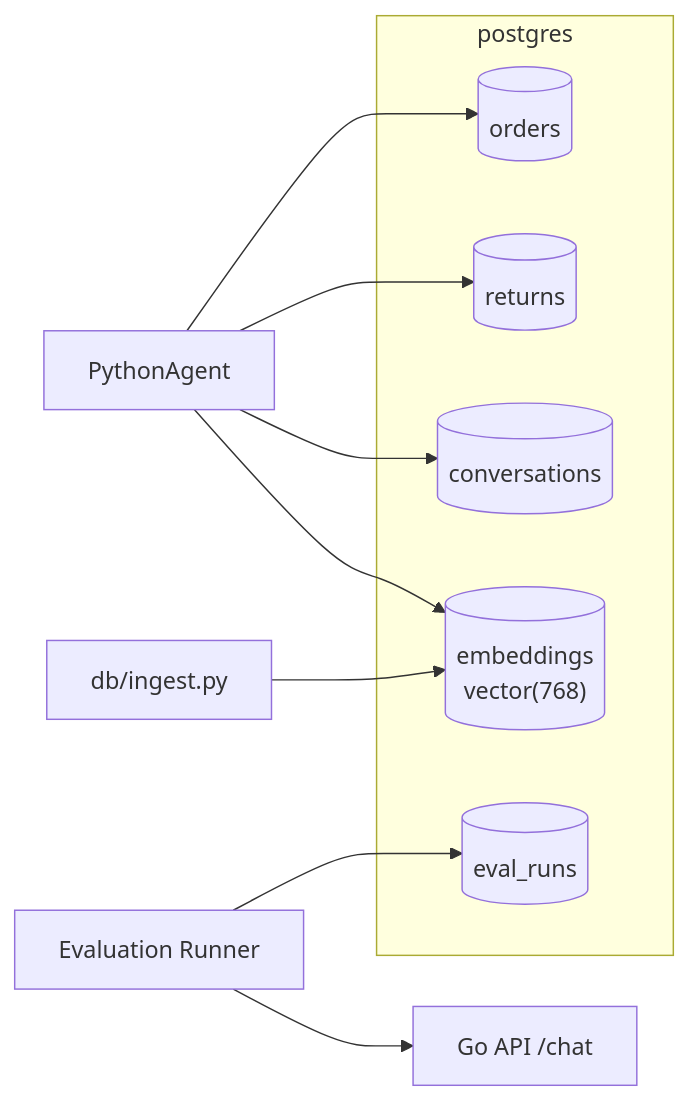
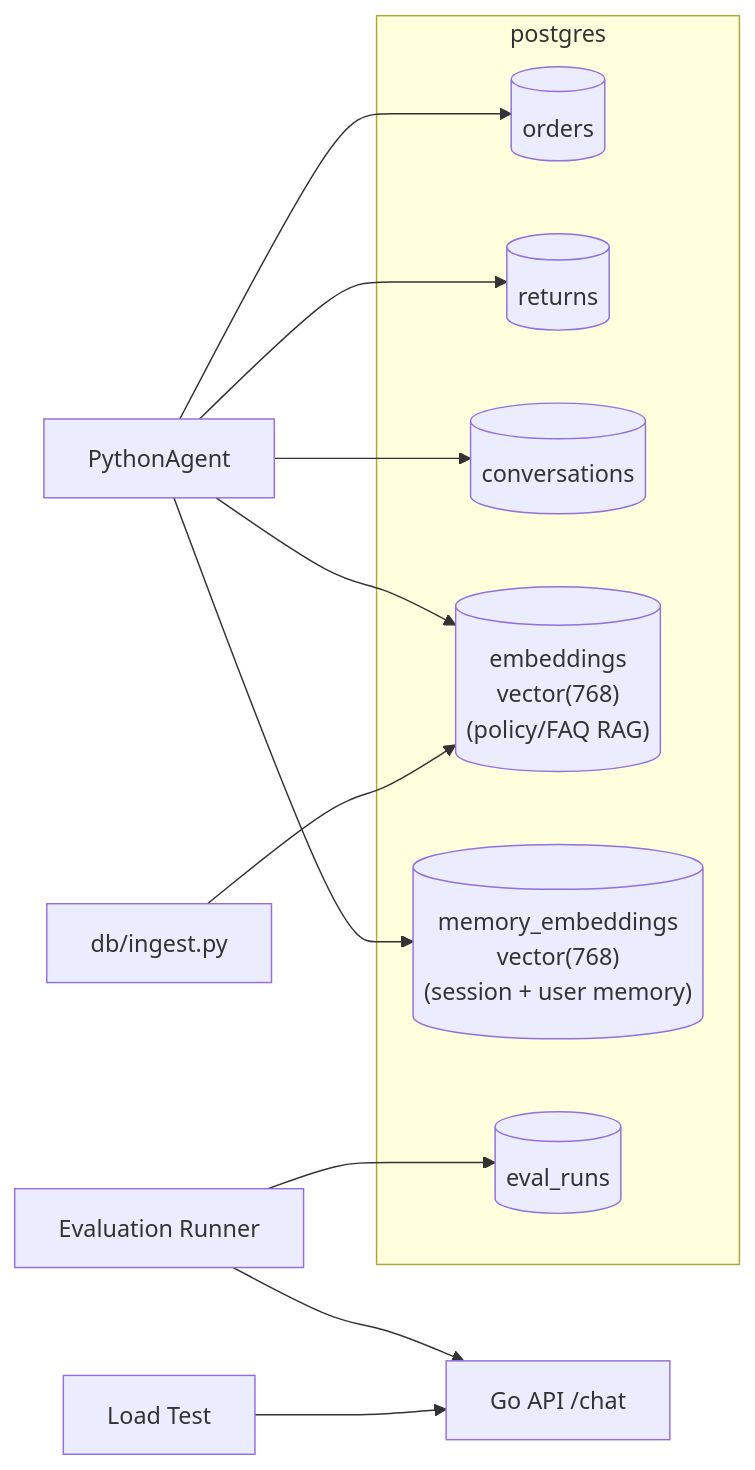
Before and after one commit to Neeraj8180/E-Commerce-Assistant: the second of 2 diagrams in docs/architecture.md, drawn with Mermaid. The commit also changed other lines of this file and 34 other files, not shown here.

First line of the commit message:
Add pgVector memory, concurrent load test, and proof artifacts

````diff
--- a/docs/architecture.md
+++ b/docs/architecture.md
@@ -102,18 +102,21 @@
 ```mermaid
 flowchart LR
     subgraph postgres
         Orders[(orders)]
         Returns[(returns)]
         Conversations[(conversations)]
-        Embeddings[("embeddings\nvector(768)")]
+        Embeddings[("embeddings\nvector(768)\n(policy/FAQ RAG)")]
+        Memory[("memory_embeddings\nvector(768)\n(session + user memory)")]
         EvalRuns[(eval_runs)]
     end
 
     PythonAgent --> Orders
     PythonAgent --> Returns
     PythonAgent --> Conversations
     PythonAgent --> Embeddings
+    PythonAgent --> Memory
     Eval[Evaluation Runner] --> EvalRuns
     Eval --> GoAPI[Go API /chat]
+    Load[Load Test] --> GoAPI
     Ingest[db/ingest.py] --> Embeddings
 ```
````
